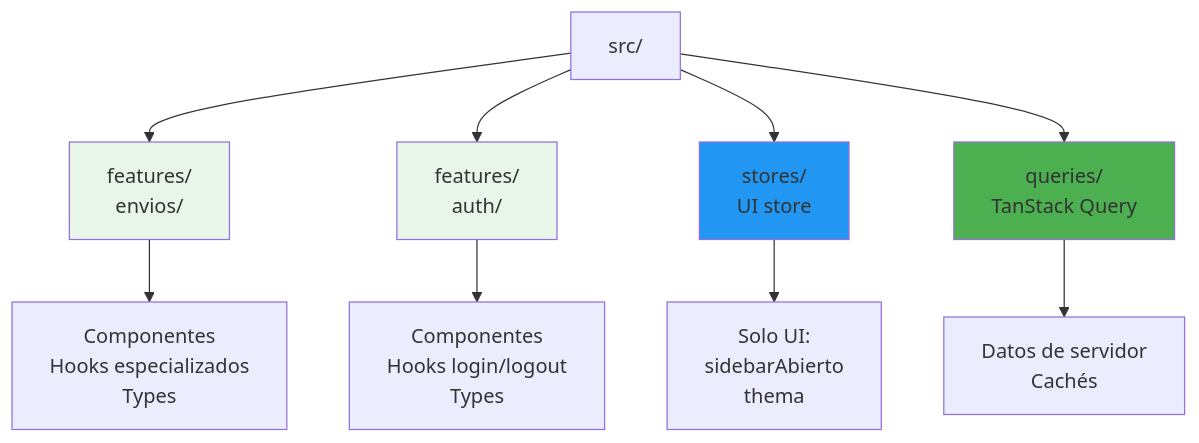
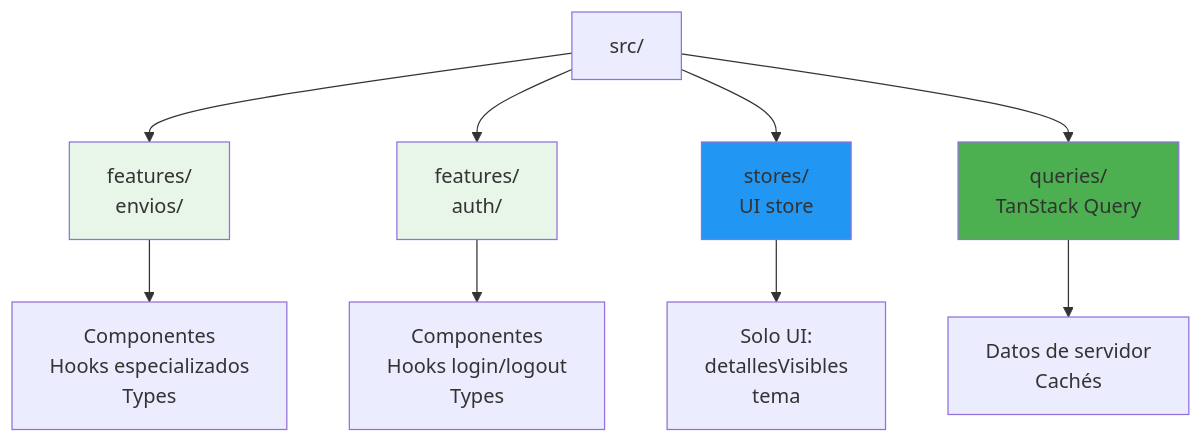
Before and after one commit to NICORUIZ93/The_Imperial_Book: the first of 2 diagrams in web/public/content/react/modulo-12.md, drawn with Mermaid. The commit also changed other lines of this file and 32 other files, not shown here.

````diff
--- a/web/public/content/react/modulo-12.md
+++ b/web/public/content/react/modulo-12.md
@@ -21,30 +21,30 @@
 ```mermaid
 graph TD
     A["src/"]
     
     B["features/<br/>envios/"]
     C["Componentes<br/>Hooks especializados<br/>Types"]
     
     D["features/<br/>auth/"]
     E["Componentes<br/>Hooks login/logout<br/>Types"]
     
     F["stores/<br/>UI store"]
-    G["Solo UI:<br/>sidebarAbierto<br/>thema"]
+    G["Solo UI:<br/>detallesVisibles<br/>tema"]
     
     H["queries/<br/>TanStack Query"]
     I["Datos de servidor<br/>Cachés"]
     
     A --> B
     B --> C
     A --> D
     D --> E
     A --> F
     F --> G
     A --> H
     H --> I
     
     style B fill:#e8f5e9
     style D fill:#e8f5e9
     style F fill:#2196f3
     style H fill:#4caf50
 ```
````
